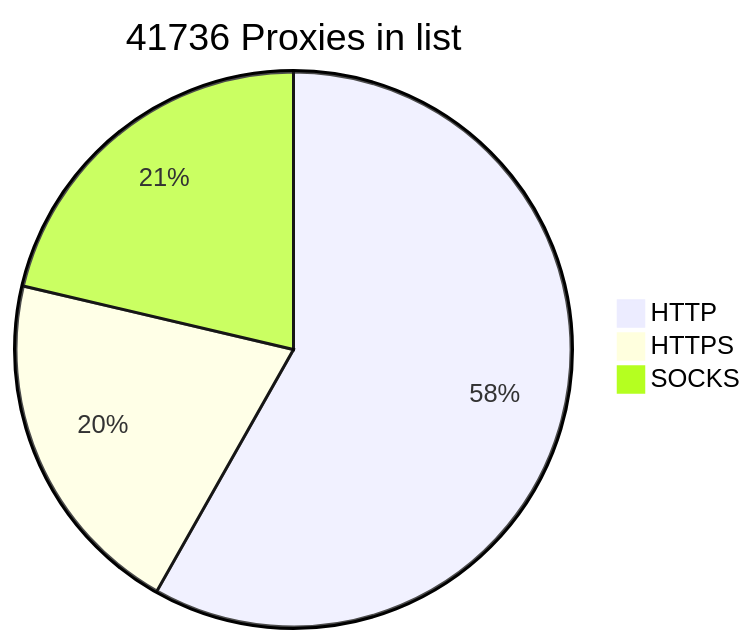
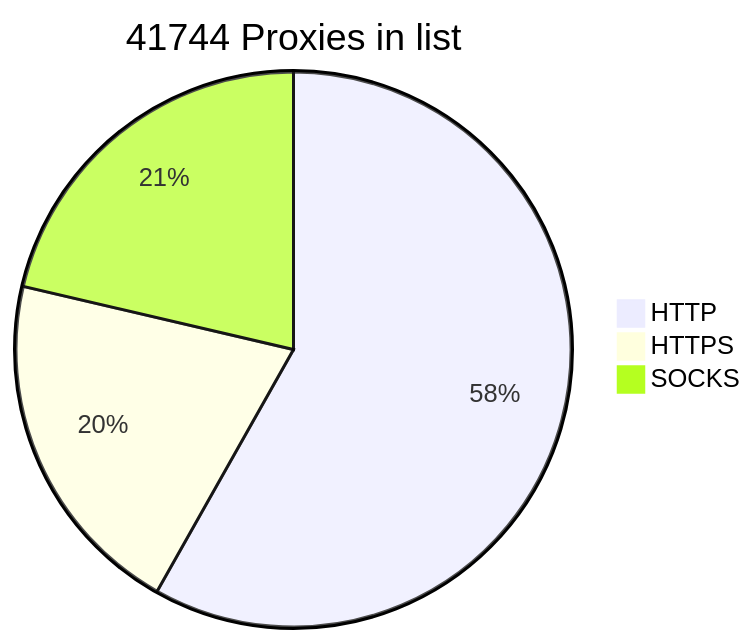
Before and after one commit to BlackSnowDot/proxylist-update-every-minute: the diagram in README.md, drawn with Mermaid. The commit also changed other lines of this file, not shown here.

````diff
--- a/README.md
+++ b/README.md
@@ -2,6 +2,6 @@
 ```mermaid
-pie title 41736 Proxies in list
-    "HTTP" : 28112
-    "HTTPS": 9896
-    "SOCKS" : 10303
+pie title 41744 Proxies in list
+    "HTTP" : 28111
+    "HTTPS": 9895
+    "SOCKS" : 10315
 ```
````
